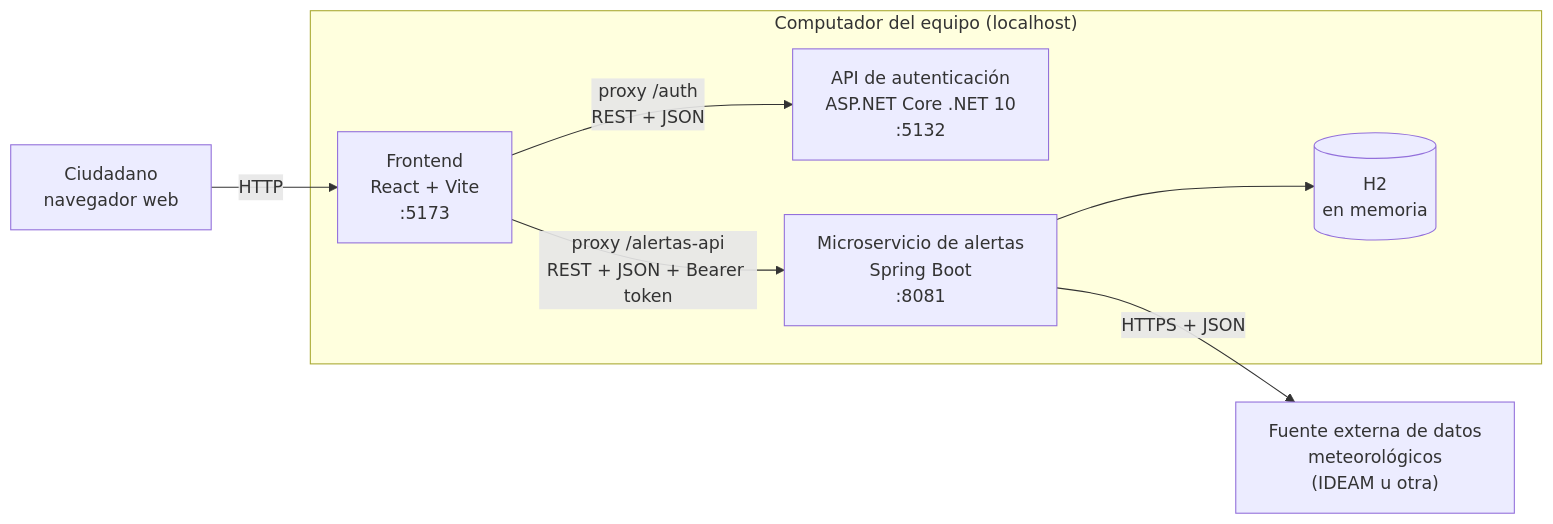
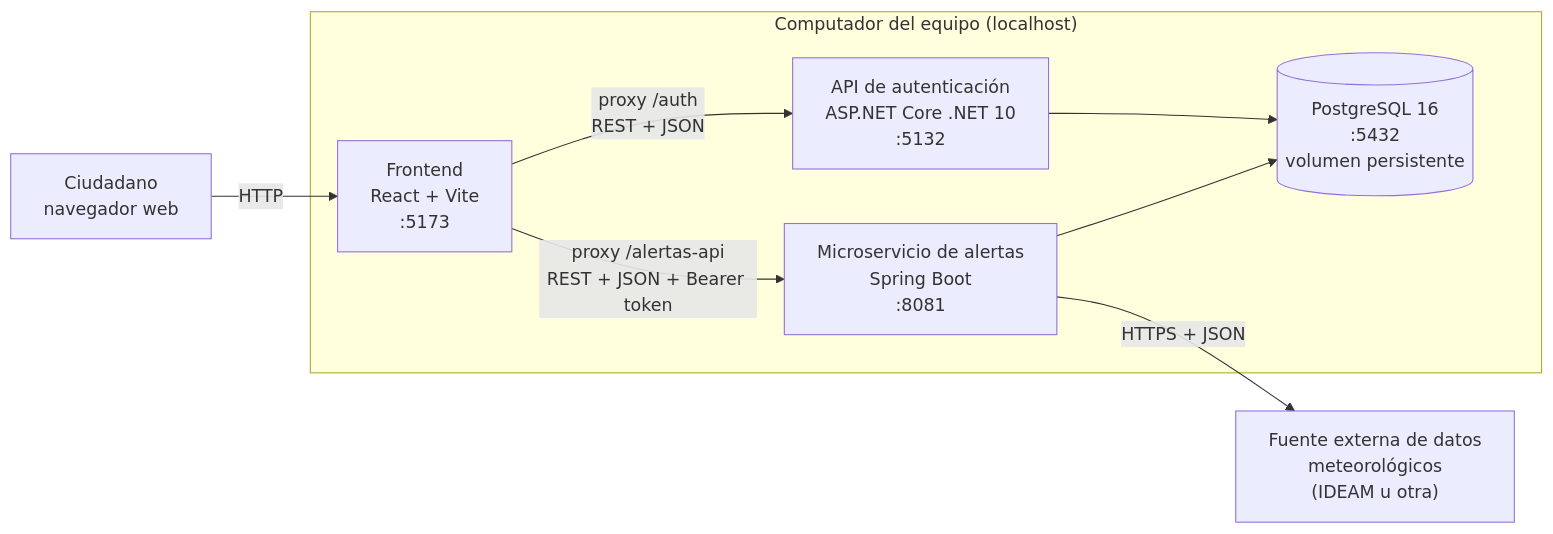
The diagram in docs/infraestructura.md (aleprz-afk/SisAlert), drawn with Mermaid before and after one commit. The commit also changed other lines of this file and 88 other files, not shown here.

First line of the commit message:
feat: persistencia PostgreSQL, CRUD de zonas e integración de la API de identidad

````diff
--- a/docs/infraestructura.md
+++ b/docs/infraestructura.md
@@ -19,16 +19,17 @@
 ```mermaid
 flowchart LR
     U[Ciudadano<br/>navegador web] -->|HTTP| F
 
     subgraph Local["Computador del equipo (localhost)"]
         F["Frontend<br/>React + Vite<br/>:5173"]
         A["API de autenticación<br/>ASP.NET Core .NET 10<br/>:5132"]
         S["Microservicio de alertas<br/>Spring Boot<br/>:8081"]
-        H[("H2<br/>en memoria")]
+        D[("PostgreSQL 16<br/>:5432<br/>volumen persistente")]
         F -->|"proxy /auth<br/>REST + JSON"| A
         F -->|"proxy /alertas-api<br/>REST + JSON + Bearer token"| S
-        S --> H
+        A --> D
+        S --> D
     end
 
     S -->|"HTTPS + JSON"| E["Fuente externa de datos<br/>meteorológicos<br/>(IDEAM u otra)"]
 ```
````
